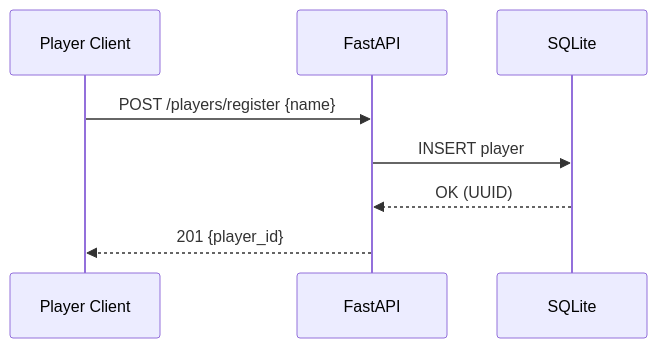
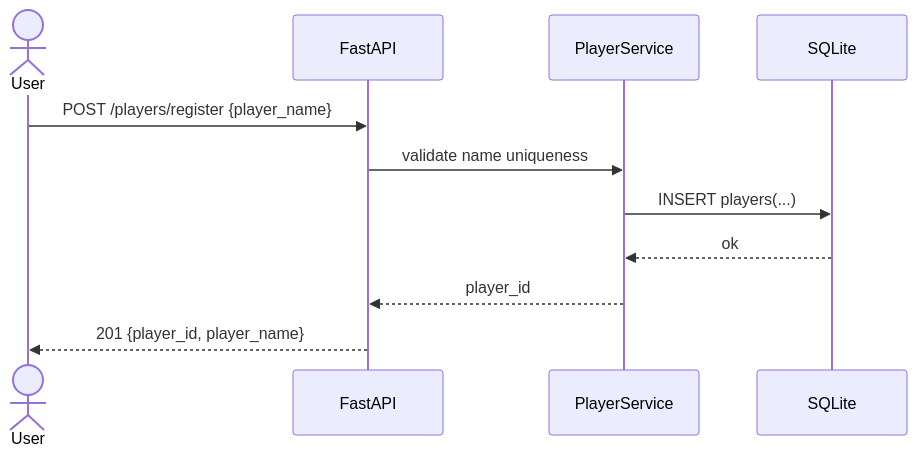
The first of 2 diagrams in docs/specs/spellcasters-backend/spellcasters-backend-spec_final.md (swex-camp2024-copilot/swex-camp-spellcaster), drawn with Mermaid before and after one commit. The commit also changed other lines of this file and 3 other files, not shown here.

````diff
--- a/docs/specs/spellcasters-backend/spellcasters-backend-spec_final.md
+++ b/docs/specs/spellcasters-backend/spellcasters-backend-spec_final.md
@@ -157,10 +308,14 @@
 ```mermaid
 sequenceDiagram
-participant C as Player Client
-participant API as FastAPI
-participant DB as SQLite
-C->>API: POST /players/register {name}
-API->>DB: INSERT player
-DB-->>API: OK (UUID)
-API-->>C: 201 {player_id}
+  actor User
+  participant API as FastAPI
+  participant PlayerSvc as PlayerService
+  participant DB as SQLite
+
+  User->>API: POST /players/register {player_name}
+  API->>PlayerSvc: validate name uniqueness
+  PlayerSvc->>DB: INSERT players(...)
+  DB-->>PlayerSvc: ok
+  PlayerSvc-->>API: player_id
+  API-->>User: 201 {player_id, player_name}
 ```
````
